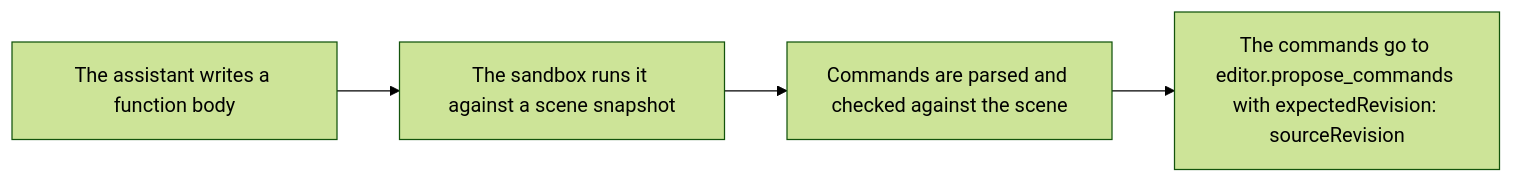
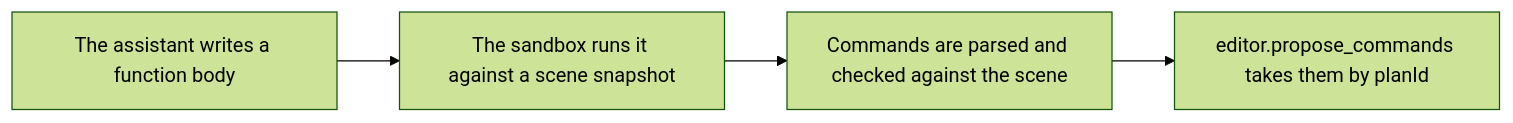
Before and after one commit to AbdulHaseeb-1/Movynta: the diagram in docs/tools/modeling.generate_commands.md, drawn with Mermaid (forest theme). The commit also changed other lines of this file and 33 other files, not shown here.

````diff
--- a/docs/tools/modeling.generate_commands.md
+++ b/docs/tools/modeling.generate_commands.md
@@ -163,10 +164,10 @@
 ```mermaid
 flowchart LR
   S0["The assistant writes a function body"]
   S1["The sandbox runs it against a scene snapshot"]
   S2["Commands are parsed and checked against the scene"]
-  S3["The commands go to editor.propose_commands with expectedRevision: sourceRevision"]
+  S3["editor.propose_commands takes them by planId"]
   S0 --> S1
   S1 --> S2
   S2 --> S3
 ```
````
